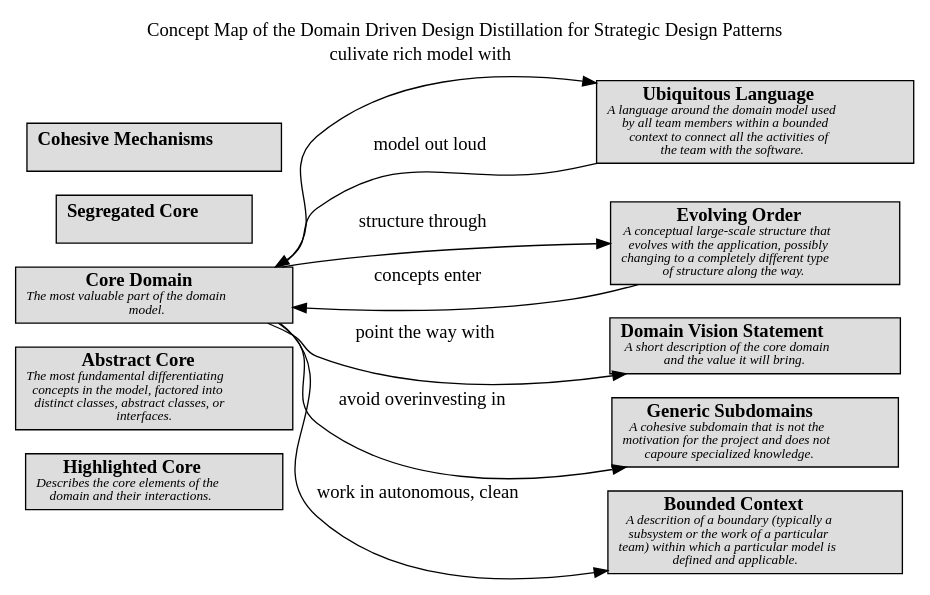
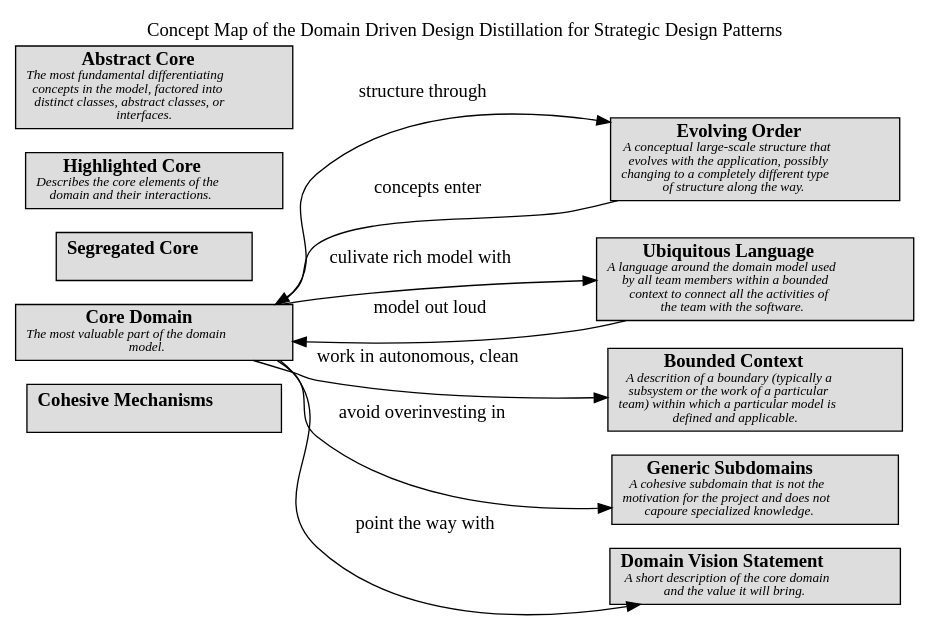
The diagram in docs/software-development/domain-driven-design/distillation/concept-view.dot (lsolbach/overarch-models), drawn with Graphviz before and after one commit. The commit also changed other lines of this file and 137 other files, not shown here.

```diff
--- a/docs/software-development/domain-driven-design/distillation/concept-view.dot
+++ b/docs/software-development/domain-driven-design/distillation/concept-view.dot
@@ -1,28 +1,28 @@
 digraph "Concept Map of the Domain Driven Design Distillation for Strategic Design Patterns" {
   labelloc= "t"
   label="Concept Map of the Domain Driven Design Distillation for Strategic Design Patterns"
   rankdir="LR"
 
   layout=dot
+software_development_domain_driven_design_distillation__c_cohesive_mechanisms [shape=box style=filled fillcolor="#dddddd" label=<<B>Cohesive Mechanisms</B><BR/><FONT POINT-SIZE="10"><I> </I></FONT>>]
+software_development_domain_driven_design_modelling__c_bounded_context [shape=box style=filled fillcolor="#dddddd" label=<<B>Bounded Context</B><BR/><FONT POINT-SIZE="10"><I>A descrition of a boundary (typically a<BR/>subsystem or the work of a particular<BR/>team) within which a particular model is<BR/>defined and applicable. </I></FONT>>]
+software_development_domain_driven_design_large_scale_structure__c_evolving_order [shape=box style=filled fillcolor="#dddddd" label=<<B>Evolving Order</B><BR/><FONT POINT-SIZE="10"><I>A conceptual large-scale structure that<BR/>evolves with the application, possibly<BR/>changing to a completely different type<BR/>of structure along the way. </I></FONT>>]
+software_development_domain_driven_design_modelling__c_ubiquitous_language [shape=box style=filled fillcolor="#dddddd" label=<<B>Ubiquitous Language</B><BR/><FONT POINT-SIZE="10"><I>A language around the domain model used<BR/>by all team members within a bounded<BR/>context to connect all the activities of<BR/>the team with the software. </I></FONT>>]
+software_development_domain_driven_design_distillation__c_segregated_core [shape=box style=filled fillcolor="#dddddd" label=<<B>Segregated Core</B><BR/><FONT POINT-SIZE="10"><I> </I></FONT>>]
 software_development_domain_driven_design_distillation__c_highlighted_core [shape=box style=filled fillcolor="#dddddd" label=<<B>Highlighted Core</B><BR/><FONT POINT-SIZE="10"><I>Describes the core elements of the<BR/>domain and their interactions. </I></FONT>>]
+software_development_domain_driven_design_distillation__c_core_domain [shape=box style=filled fillcolor="#dddddd" label=<<B>Core Domain</B><BR/><FONT POINT-SIZE="10"><I>The most valuable part of the domain<BR/>model. </I></FONT>>]
+software_development_domain_driven_design_distillation__c_generic_subdomains [shape=box style=filled fillcolor="#dddddd" label=<<B>Generic Subdomains</B><BR/><FONT POINT-SIZE="10"><I>A cohesive subdomain that is not the<BR/>motivation for the project and does not<BR/>capoure specialized knowledge. </I></FONT>>]
 software_development_domain_driven_design_distillation__c_abstract_core [shape=box style=filled fillcolor="#dddddd" label=<<B>Abstract Core</B><BR/><FONT POINT-SIZE="10"><I>The most fundamental differentiating<BR/>concepts in the model, factored into<BR/>distinct classes, abstract classes, or<BR/>interfaces. </I></FONT>>]
 software_development_domain_driven_design_distillation__c_domain_vision_statement [shape=box style=filled fillcolor="#dddddd" label=<<B>Domain Vision Statement</B><BR/><FONT POINT-SIZE="10"><I>A short description of the core domain<BR/>and the value it will bring. </I></FONT>>]
-software_development_domain_driven_design_modelling__c_ubiquitous_language [shape=box style=filled fillcolor="#dddddd" label=<<B>Ubiquitous Language</B><BR/><FONT POINT-SIZE="10"><I>A language around the domain model used<BR/>by all team members within a bounded<BR/>context to connect all the activities of<BR/>the team with the software. </I></FONT>>]
-software_development_domain_driven_design_distillation__c_segregated_core [shape=box style=filled fillcolor="#dddddd" label=<<B>Segregated Core</B><BR/><FONT POINT-SIZE="10"><I> </I></FONT>>]
-software_development_domain_driven_design_distillation__c_cohesive_mechanisms [shape=box style=filled fillcolor="#dddddd" label=<<B>Cohesive Mechanisms</B><BR/><FONT POINT-SIZE="10"><I> </I></FONT>>]
-software_development_domain_driven_design_large_scale_structure__c_evolving_order [shape=box style=filled fillcolor="#dddddd" label=<<B>Evolving Order</B><BR/><FONT POINT-SIZE="10"><I>A conceptual large-scale structure that<BR/>evolves with the application, possibly<BR/>changing to a completely different type<BR/>of structure along the way. </I></FONT>>]
-software_development_domain_driven_design_distillation__c_generic_subdomains [shape=box style=filled fillcolor="#dddddd" label=<<B>Generic Subdomains</B><BR/><FONT POINT-SIZE="10"><I>A cohesive subdomain that is not the<BR/>motivation for the project and does not<BR/>capoure specialized knowledge. </I></FONT>>]
-software_development_domain_driven_design_distillation__c_core_domain [shape=box style=filled fillcolor="#dddddd" label=<<B>Core Domain</B><BR/><FONT POINT-SIZE="10"><I>The most valuable part of the domain<BR/>model. </I></FONT>>]
-software_development_domain_driven_design_modelling__c_bounded_context [shape=box style=filled fillcolor="#dddddd" label=<<B>Bounded Context</B><BR/><FONT POINT-SIZE="10"><I>A descrition of a boundary (typically a<BR/>subsystem or the work of a particular<BR/>team) within which a particular model is<BR/>defined and applicable. </I></FONT>>]
  
 software_development_domain_driven_design_modelling__c_ubiquitous_language -> software_development_domain_driven_design_distillation__c_core_domain [label=<model out loud<BR/><FONT POINT-SIZE="10"><I> </I></FONT>>]
 software_development_domain_driven_design_distillation__c_core_domain -> software_development_domain_driven_design_distillation__c_generic_subdomains [label=<avoid overinvesting in<BR/><FONT POINT-SIZE="10"><I> </I></FONT>>]
 software_development_domain_driven_design_distillation__c_core_domain -> software_development_domain_driven_design_modelling__c_bounded_context [label=<work in autonomous, clean<BR/><FONT POINT-SIZE="10"><I> </I></FONT>>]
 software_development_domain_driven_design_distillation__c_core_domain -> software_development_domain_driven_design_large_scale_structure__c_evolving_order [label=<structure through<BR/><FONT POINT-SIZE="10"><I> </I></FONT>>]
 software_development_domain_driven_design_distillation__c_core_domain -> software_development_domain_driven_design_modelling__c_ubiquitous_language [label=<culivate rich model with<BR/><FONT POINT-SIZE="10"><I> </I></FONT>>]
 software_development_domain_driven_design_distillation__c_core_domain -> software_development_domain_driven_design_distillation__c_domain_vision_statement [label=<point the way with<BR/><FONT POINT-SIZE="10"><I> </I></FONT>>]
 software_development_domain_driven_design_large_scale_structure__c_evolving_order -> software_development_domain_driven_design_distillation__c_core_domain [label=<concepts enter<BR/><FONT POINT-SIZE="10"><I> </I></FONT>>]
  
 }
 
 // (generated by Overarch with template views/view.dot.cmb)
```
